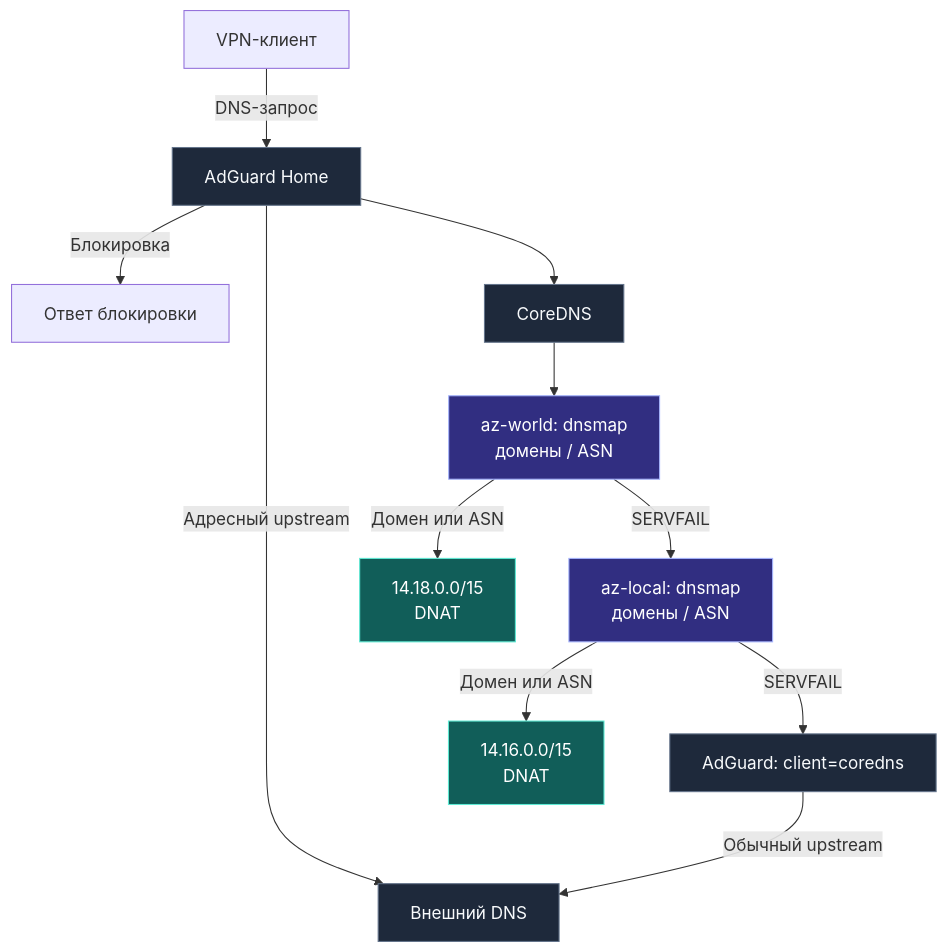
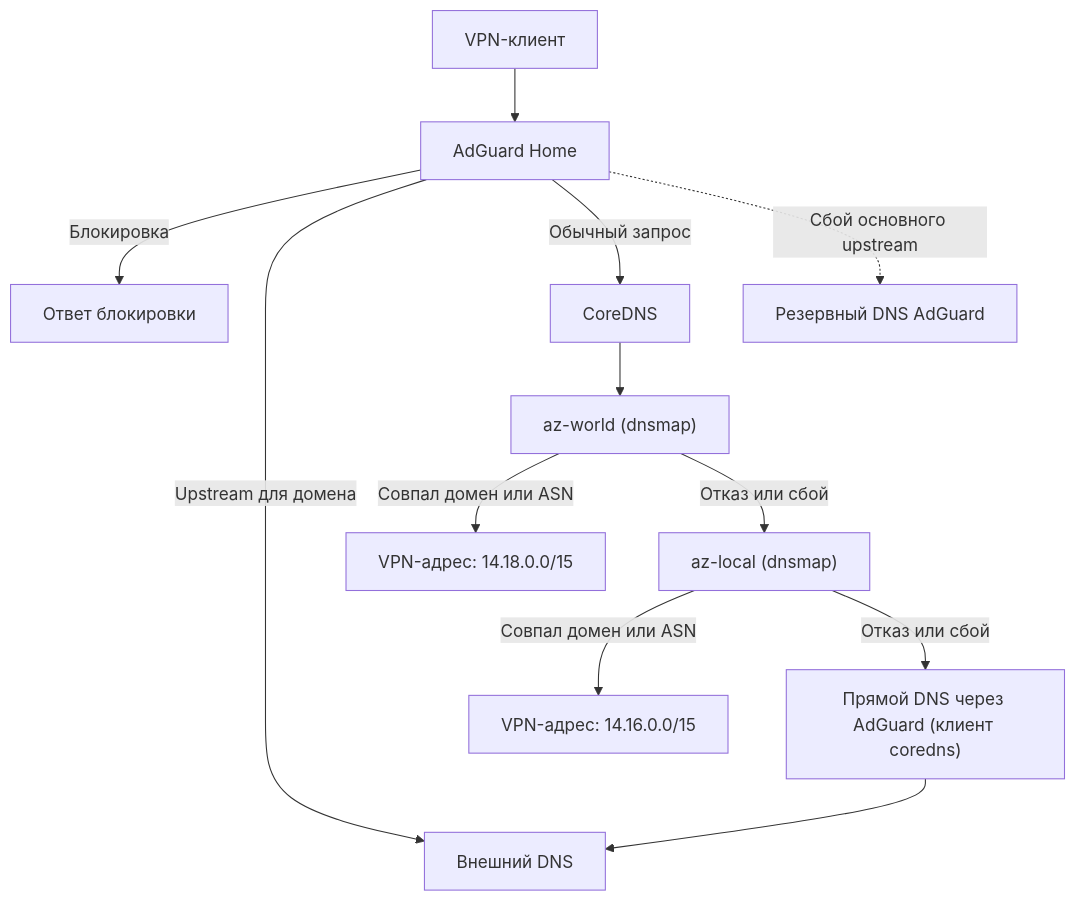
One commit to nmisha/antizapret-vpn-docker changed the first of 3 diagrams in README_RU.md. Above: the diagram before and after it, drawn with Mermaid. The commit also changed other lines of this file and 318 other files, not shown here.

````diff
--- a/README_RU.md
+++ b/README_RU.md
@@ -759,21 +783,14 @@
 ```mermaid
 flowchart TB
-    client["VPN-клиент"] -->|DNS-запрос| adguard["AdGuard Home"]
-    adguard -->|Блокировка| deny["Ответ блокировки"]
-    adguard -->|Адресный upstream| external["Внешний DNS"]
-    adguard --> core["CoreDNS"]
-    core --> world
-    world["az-world: dnsmap<br/>домены / ASN"]
-    world -->|Домен или ASN| worldip["14.18.0.0/15<br/>DNAT"]
-    world -->|SERVFAIL| local
-    local["az-local: dnsmap<br/>домены / ASN"]
-    local -->|Домен или ASN| localip["14.16.0.0/15<br/>DNAT"]
-    local -->|SERVFAIL| retry["AdGuard: client=coredns"]
-    retry -->|Обычный upstream| external
-    classDef service fill:#1e293b,stroke:#64748b,color:#f8fafc
-    classDef exit fill:#312e81,stroke:#a5b4fc,color:#ffffff
-    classDef mapped fill:#115e59,stroke:#5eead4,color:#ffffff
-    class adguard,core,retry,external service
-    class local,world exit
-    class localip,worldip mapped
+    client["VPN-клиент"] --> adguard["AdGuard Home"]
+    adguard -->|Блокировка| blocked["Ответ блокировки"]
+    adguard -->|Upstream для домена| external["Внешний DNS"]
+    adguard -->|Обычный запрос| core["CoreDNS"]
+    core --> world["az-world (dnsmap)"]
+    world -->|Совпал домен или ASN| world_ip["VPN-адрес: 14.18.0.0/15"]
+    world -->|Отказ или сбой| local_exit["az-local (dnsmap)"]
+    local_exit -->|Совпал домен или ASN| local_ip["VPN-адрес: 14.16.0.0/15"]
+    local_exit -->|Отказ или сбой| direct_dns["Прямой DNS через AdGuard (клиент coredns)"]
+    direct_dns --> external
+    adguard -.->|Сбой основного upstream| fallback_dns["Резервный DNS AdGuard"]
 ```
````
